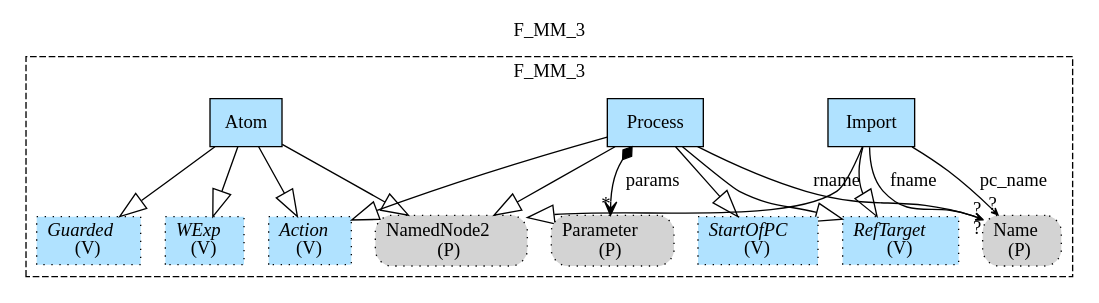
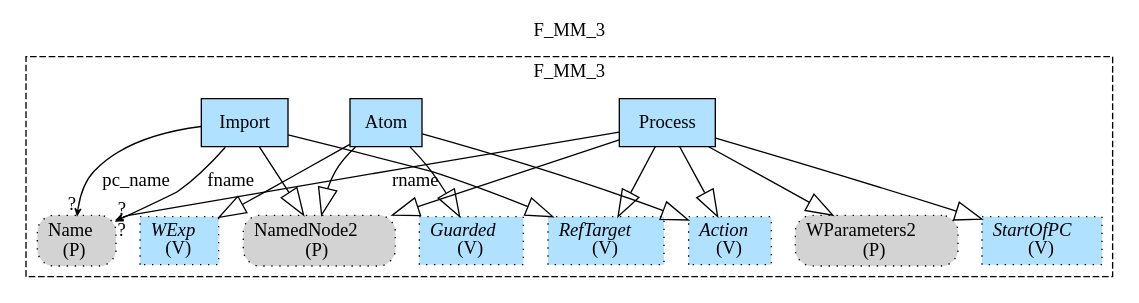
Before and after one commit to namalio/Fragmenta: the diagram in Haskell/PCs/MM/img/F_MM_3.gv, drawn with Graphviz. The commit also changed 265 other files, not shown here.

```diff
--- a/Haskell/PCs/MM/img/F_MM_3.gv
+++ b/Haskell/PCs/MM/img/F_MM_3.gv
@@ -1,34 +1,34 @@
 digraph {graph[label=F_MM_3,labelloc=tl,labelfontsize=12];
 subgraph cluster_F_MM_3{style=dashed;label=F_MM_3;
 "PNamedNode2"[shape=box,fillcolor=lightgray,style ="rounded,filled,dotted",label=<NamedNode2<br/>(P)>];
 "PName"[shape=box,fillcolor=lightgray,style ="rounded,filled,dotted",label=<Name<br/>(P)>];
-"Import"[shape=record,fillcolor=lightskyblue1,style = filled,label="Import"];
 "Process"[shape=record,fillcolor=lightskyblue1,style = filled,label="Process"];
 "Atom"[shape=record,fillcolor=lightskyblue1,style = filled,label="Atom"];
-"PParameter"[shape=box,fillcolor=lightgray,style ="rounded,filled,dotted",label=<Parameter<br/>(P)>];
+"Import"[shape=record,fillcolor=lightskyblue1,style = filled,label="Import"];
+"PWParameters2"[shape=box,fillcolor=lightgray,style ="rounded,filled,dotted",label=<WParameters2<br/>(P)>];
 "Action"[shape=record,fillcolor=lightskyblue1,style ="filled,dotted",label=<{<I>Action</I><br/>(V)}>];
 "RefTarget"[shape=record,fillcolor=lightskyblue1,style ="filled,dotted",label=<{<I>RefTarget</I><br/>(V)}>];
 "StartOfPC"[shape=record,fillcolor=lightskyblue1,style ="filled,dotted",label=<{<I>StartOfPC</I><br/>(V)}>];
 "Guarded"[shape=record,fillcolor=lightskyblue1,style ="filled,dotted",label=<{<I>Guarded</I><br/>(V)}>];
 "WExp"[shape=record,fillcolor=lightskyblue1,style ="filled,dotted",label=<{<I>WExp</I><br/>(V)}>];
 
 "Import"->"PNamedNode2"[arrowhead=onormal,arrowsize=2.0];
 "Process"->"PNamedNode2"[arrowhead=onormal,arrowsize=2.0];
 "Atom"->"PNamedNode2"[arrowhead=onormal,arrowsize=2.0];
 "Import"->"RefTarget"[arrowhead=onormal,arrowsize=2.0];
 "Process"->"RefTarget"[arrowhead=onormal,arrowsize=2.0];
 "Process"->"StartOfPC"[arrowhead=onormal,arrowsize=2.0];
 "Atom"->"Action"[arrowhead=onormal,arrowsize=2.0];
 "Atom"->"Guarded"[arrowhead=onormal,arrowsize=2.0];
 "Process"->"Action"[arrowhead=onormal,arrowsize=2.0];
 "Atom"->"WExp"[arrowhead=onormal,arrowsize=2.0];
-"Process"->"PParameter"[label="params",arrowhead=vee,arrowtail=diamond,dir=both,headlabel="*"];
+"Process"->"PWParameters2"[arrowhead=onormal,arrowsize=2.0];
 "Import"->"PName"[label="pc_name",arrowhead=vee,headlabel="?",arrowsize=.5];
 "Import"->"PName"[label="fname",arrowhead=vee,headlabel="?",arrowsize=.5];
 "Process"->"PName"[label="rname",arrowhead=vee,headlabel="?",arrowsize=.5];
 
 }
 
 
 
 }
```
